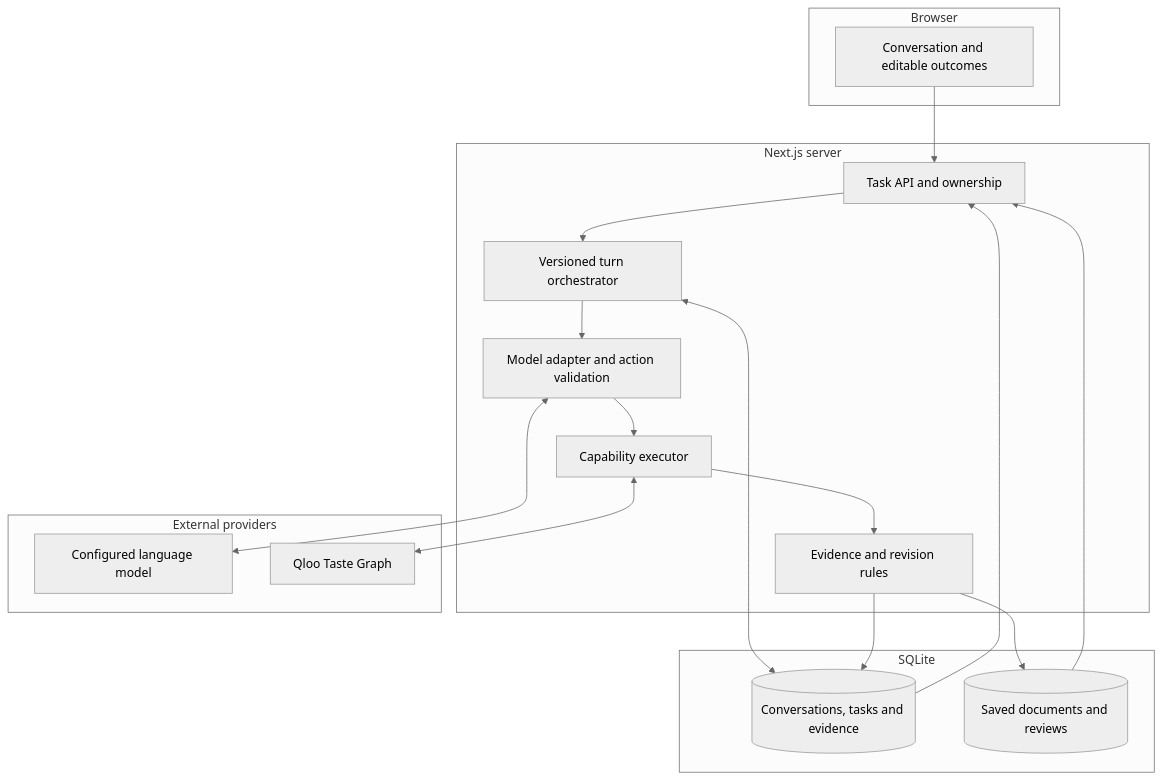
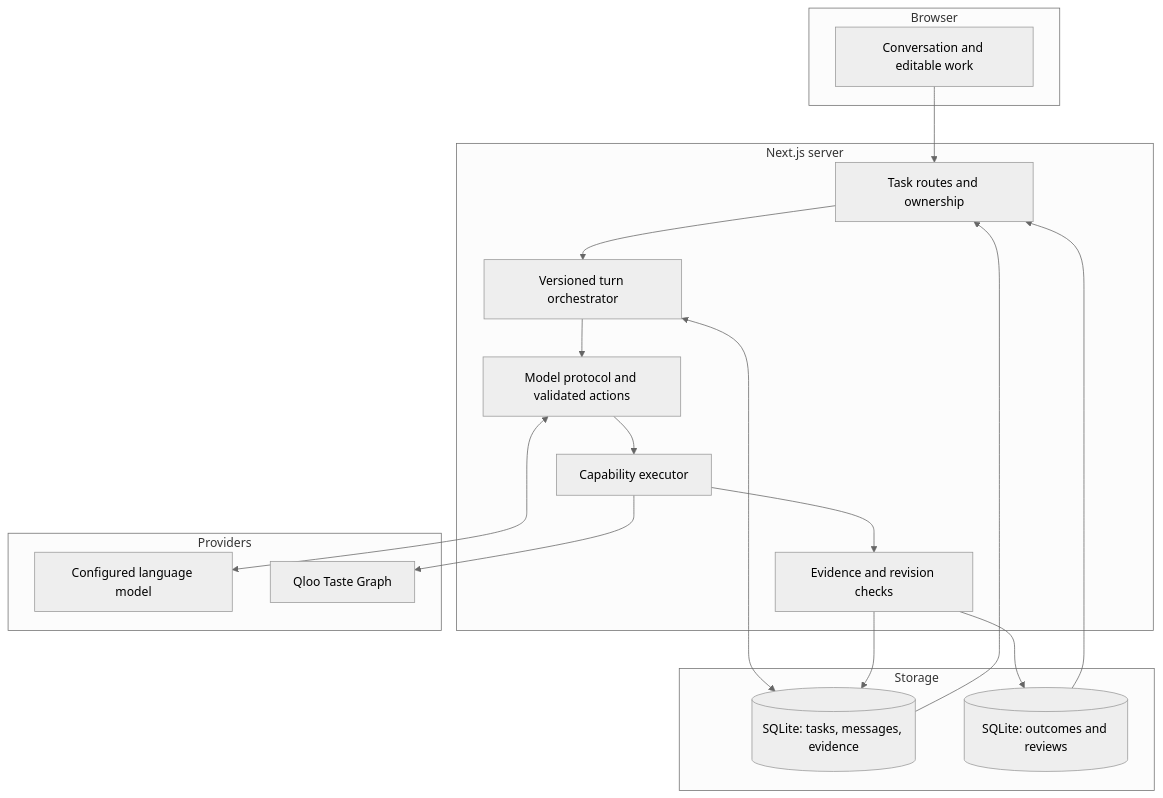
Before and after one commit to Davemafy/ighor: the second of 5 diagrams in README.md, drawn with Mermaid (neutral theme). The commit also changed other lines of this file, not shown here.

Commit message:
docs: match Parallel README structure with evidence and engineering details

````diff
--- a/README.md
+++ b/README.md
@@ -89,33 +100,34 @@
 ```mermaid
 flowchart TB
-    subgraph Browser["Browser"]
-        UI["Conversation and editable outcomes"]
+    subgraph Browser
+        UI["Conversation and editable work"]
     end
-    subgraph Backend["Next.js server"]
-        API["Task API and ownership"]
-        TURN["Versioned turn orchestrator"]
-        MODEL["Model adapter and action validation"]
-        CAPS["Capability executor"]
-        RULES["Evidence and revision rules"]
+    subgraph Server["Next.js server"]
+        API["Task routes and ownership"]
+        ORCH["Versioned turn orchestrator"]
+        MODEL["Model protocol and validated actions"]
+        EXEC["Capability executor"]
+        RULES["Evidence and revision checks"]
     end
-    subgraph Providers["External providers"]
+    subgraph Providers
         LLM["Configured language model"]
-        Q["Qloo Taste Graph"]
+        QLOO["Qloo Taste Graph"]
     end
-    subgraph State["SQLite"]
-        DB[("Conversations, tasks and evidence")]
-        DOC[("Saved documents and reviews")]
+    subgraph Storage
+        TASKS[("SQLite: tasks, messages, evidence")]
+        OUTCOMES[("SQLite: outcomes and reviews")]
     end
+
     UI --> API
-    API --> TURN
-    TURN --> MODEL
+    API --> ORCH
+    ORCH --> MODEL
     MODEL <--> LLM
-    MODEL --> CAPS
-    CAPS <--> Q
-    CAPS --> RULES
-    TURN <--> DB
-    RULES --> DB
-    RULES --> DOC
-    DB --> API
-    DOC --> API
+    MODEL --> EXEC
+    EXEC --> QLOO
+    EXEC --> RULES
+    ORCH <--> TASKS
+    RULES --> TASKS
+    RULES --> OUTCOMES
+    TASKS --> API
+    OUTCOMES --> API
 ```
````
